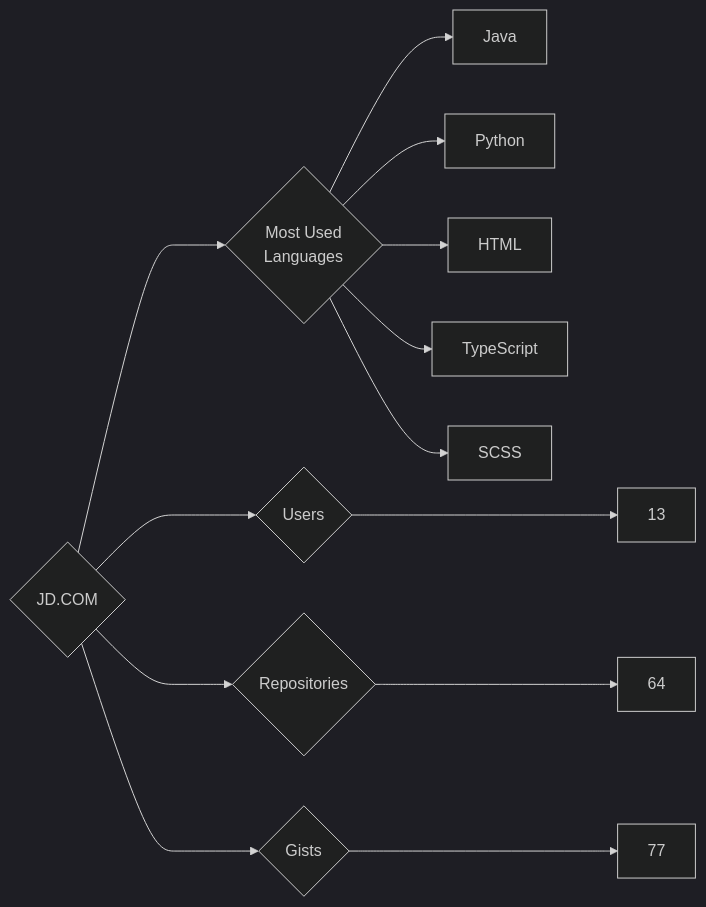
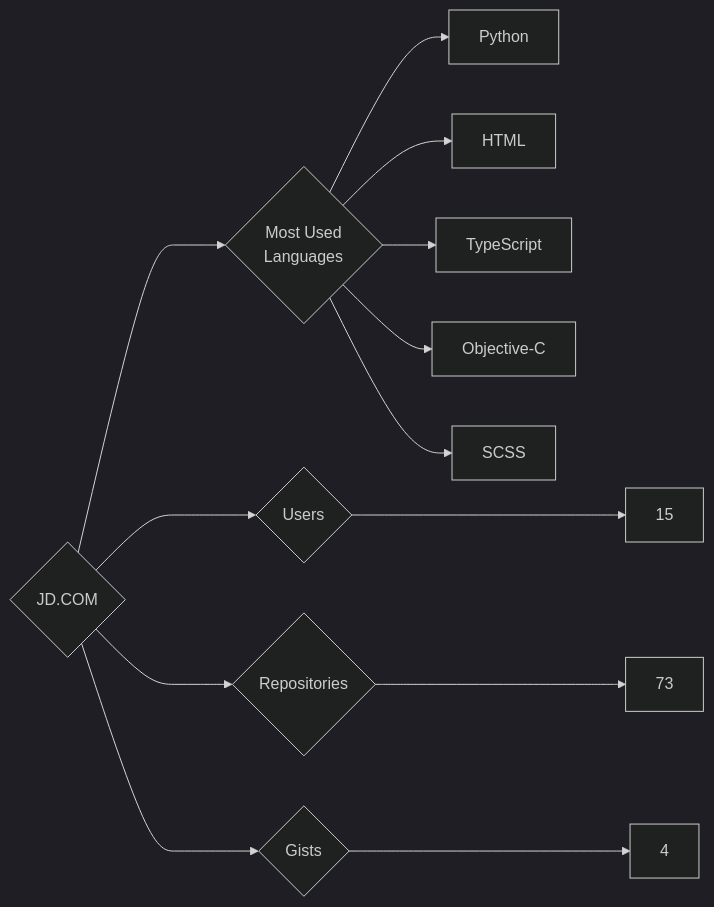
The diagram in targets/JD.COM/README.md (trickest/insiders), drawn with Mermaid (dark theme) before and after one commit. The commit also changed 898 other files, not shown here.

````diff
--- a/targets/JD.COM/README.md
+++ b/targets/JD.COM/README.md
@@ -3,13 +3,13 @@
 ```mermaid
 graph LR
 COMPANY_NAME{JD.COM}
-COMPANY_NAME ---> U{Users} ---> UN[13]
-COMPANY_NAME ---> R{Repositories} ---> RN[64]
-COMPANY_NAME ---> G{Gists} ---> GN[77]
+COMPANY_NAME ---> U{Users} ---> UN[15]
+COMPANY_NAME ---> R{Repositories} ---> RN[73]
+COMPANY_NAME ---> G{Gists} ---> GN[4]
 COMPANY_NAME ---> ML{Most Used<br>Languages}
-ML --> Java[Java]
 ML --> Python[Python]
 ML --> HTML[HTML]
 ML --> TypeScript[TypeScript]
+ML --> Objective-C[Objective-C]
 ML --> SCSS[SCSS]
 ```
````
